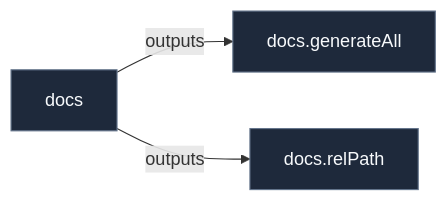
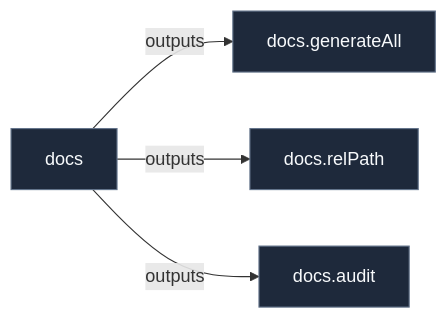
Before and after one commit to LW-54/nixconf: the diagram in docs/lib/docs.md, drawn with Mermaid. The commit also changed other lines of this file and 23 other files, not shown here.

Commit message:
refactor: decouple architecture, add coverage audit engine, and universal query lenses

````diff
--- a/docs/lib/docs.md
+++ b/docs/lib/docs.md
@@ -13,26 +13,29 @@
 ```mermaid
 flowchart LR
   urn__nixconf__ast__function__docs_generateAll["docs.generateAll"]:::defaultNode
     urn__nixconf__ast__function__docs_relPath["docs.relPath"]:::defaultNode
+    urn__nixconf__ast__symbol__docs_audit["docs.audit"]:::defaultNode
     urn__nixconf__onto__lib__docs["docs"]:::defaultNode
 
     urn__nixconf__onto__lib__docs -->|outputs| urn__nixconf__ast__function__docs_generateAll
     urn__nixconf__onto__lib__docs -->|outputs| urn__nixconf__ast__function__docs_relPath
+    urn__nixconf__onto__lib__docs -->|outputs| urn__nixconf__ast__symbol__docs_audit
 
 
     click urn__nixconf__ast__function__docs_generateAll href "docs.md" "docs.generateAll"
     click urn__nixconf__ast__function__docs_relPath href "docs.md" "docs.relPath"
+    click urn__nixconf__ast__symbol__docs_audit href "docs.md" "docs.audit"
     click urn__nixconf__onto__lib__docs href "docs.md" "docs"
 
   %% Semantic Visual Classes
   classDef hostNode fill:#1e293b,stroke:#38bdf8,stroke-width:2px,color:#f8fafc;
   classDef contractNode fill:#1e1b4b,stroke:#818cf8,stroke-width:2px,color:#f8fafc;
   classDef implNode fill:#0f172a,stroke:#34d399,stroke-width:2px,color:#f8fafc;
   classDef featureNode fill:#134e4a,stroke:#2dd4bf,stroke-width:2px,color:#f8fafc;
   classDef optNode fill:#422006,stroke:#facc15,stroke-width:1px,color:#fefce8;
   classDef typeNode fill:#3b0764,stroke:#c084fc,stroke-width:1px,color:#faf5ff;
   classDef pkgNode fill:#4c0519,stroke:#fb7185,stroke-width:1px,color:#fff1f2;
   classDef devShellNode fill:#451a03,stroke:#fb923c,stroke-width:1px,color:#fff7ed;
   classDef drvNode fill:#18181b,stroke:#a1a1aa,stroke-width:1px,color:#f4f4f5;
   classDef defaultNode fill:#1e293b,stroke:#64748b,stroke-width:1px,color:#f8fafc;
 ```
````
